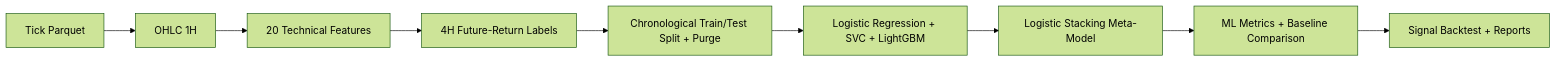
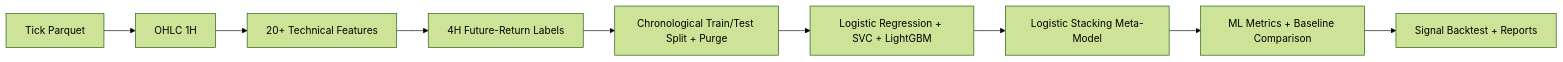
The diagram in README.md (ultimateBroK/thesis-compact), drawn with Mermaid (forest theme) before and after one commit. The commit also changed other lines of this file and 1 other file, not shown here.

````diff
--- a/README.md
+++ b/README.md
@@ -7,11 +7,11 @@
 ```mermaid
 flowchart LR
     A[Tick Parquet] --> B[OHLC 1H]
-    B --> C[20 Technical Features]
+    B --> C[20+ Technical Features]
     C --> D[4H Future-Return Labels]
     D --> E[Chronological Train/Test Split + Purge]
     E --> F[Logistic Regression + SVC + LightGBM]
     F --> G[Logistic Stacking Meta-Model]
     G --> H[ML Metrics + Baseline Comparison]
     H --> I[Signal Backtest + Reports]
 ```
````
